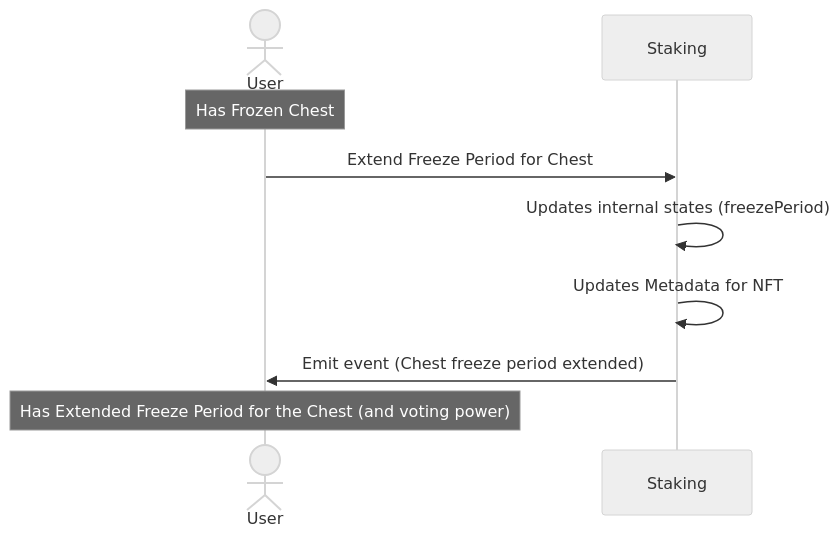
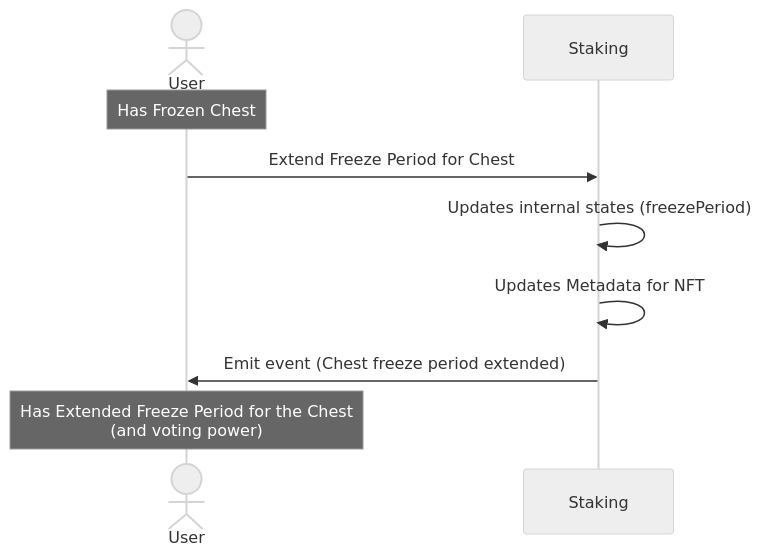
One commit to omahs/jelly-verse-contracts changed the fourth of 6 diagrams in docs/StakingUml.md. Above: the diagram before and after it, drawn with Mermaid (neutral theme). The commit also changed other lines of this file, not shown here.

````diff
--- a/docs/StakingUml.md
+++ b/docs/StakingUml.md
@@ -103,12 +103,12 @@
 ```mermaid
 sequenceDiagram
     actor A as User
     participant B as Staking
     Note over A: Has Frozen Chest
     A->>B: Extend Freeze Period for Chest
     B->>B: Updates internal states (freezePeriod)
     B->>B: Updates Metadata for NFT
     B->>A: Emit event (Chest freeze period extended)
-    Note over A: Has Extended Freeze Period for the Chest (and voting power)
+    Note over A: Has Extended Freeze Period for the Chest<br/> (and voting power)
 
 ```
````
